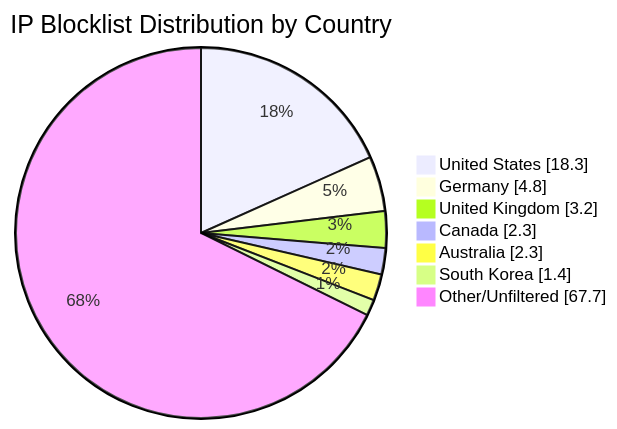
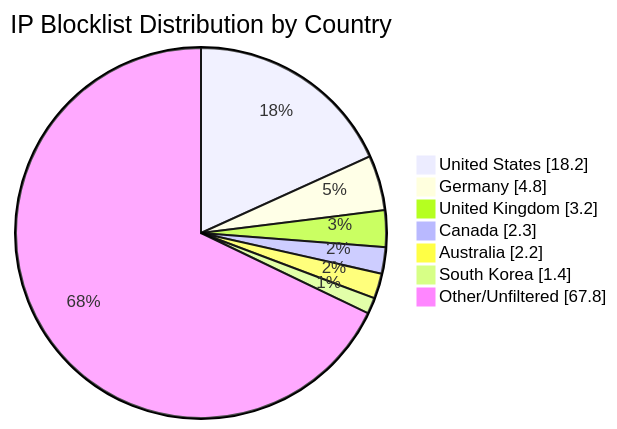
One commit to MarcusHoltz/ipblocklist-geofiltered-aggregator changed the diagram in README.md. Above: the diagram before and after it, drawn with Mermaid. The commit also changed other lines of this file and 9 other files, not shown here.

````diff
--- a/README.md
+++ b/README.md
@@ -34,10 +34,10 @@
 ```mermaid
 pie showData title IP Blocklist Distribution by Country
-"United States" : 18.3
+"United States" : 18.2
 "Germany" : 4.8
 "United Kingdom" : 3.2
 "Canada" : 2.3
-"Australia" : 2.3
+"Australia" : 2.2
 "South Korea" : 1.4
-"Other/Unfiltered" : 67.7
+"Other/Unfiltered" : 67.8
 ```
````
